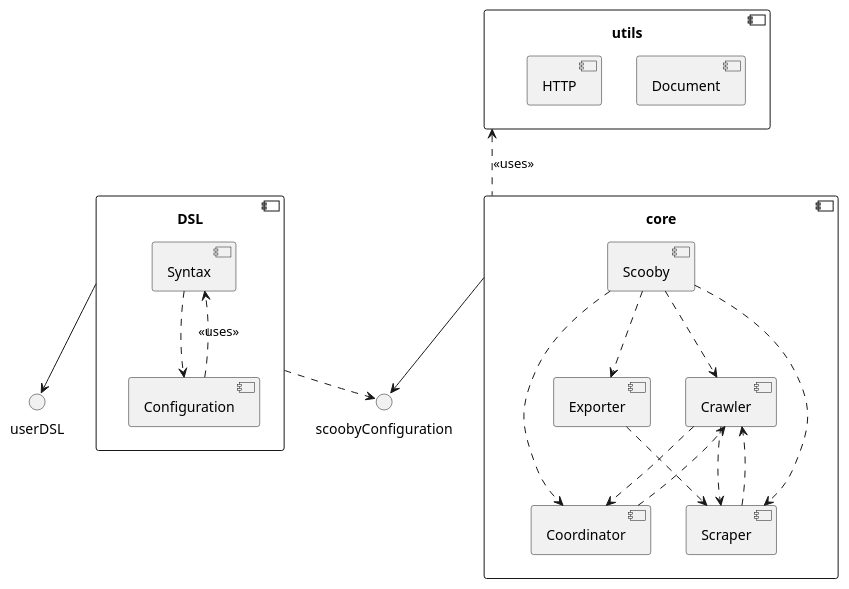
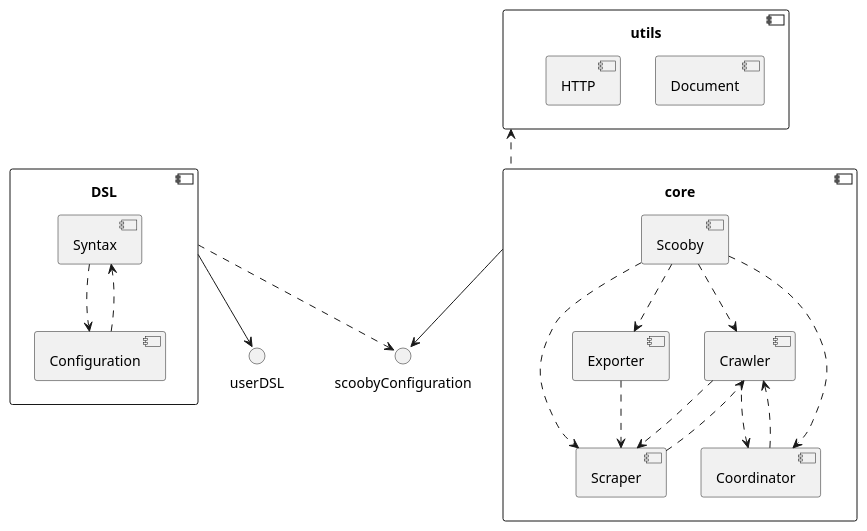
Before and after one commit to PPS-22-Scooby/pps-22-scooby.github.io: the first of 9 diagrams in Writerside/topics/In-Depth-Design.md, drawn with PlantUML. The commit also changed other lines of this file, not shown here.

````diff
--- a/Writerside/topics/In-Depth-Design.md
+++ b/Writerside/topics/In-Depth-Design.md
@@ -10,44 +10,44 @@
 ```plantuml
 @startuml
      
     component DSL {
         [Syntax]
         [Configuration]
         
         [Configuration] ..> [Syntax]
         [Syntax] ..> [Configuration]
     }
     
     component core {
         [Crawler]
         [Scraper]
         [Coordinator]
         [Exporter]
         [Scooby]
         
         [Crawler] ..> [Coordinator]
         [Coordinator] ..> [Crawler]
         
         [Crawler] ..> [Scraper]
         [Scraper] ..> [Crawler]
         
         [Exporter] ..> [Scraper]
         
         [Scooby] ..> [Crawler]
         [Scooby] ..> [Scraper]
         [Scooby] ..> [Exporter]
         [Scooby] ..> [Coordinator]
     }
     
     component utils {
         [Document]
         [HTTP]
     }
     
     core --> scoobyConfiguration
-    core .u.> utils: <<uses>>
-    DSL ..> scoobyConfiguration : <<uses>>
+    core .u.> utils
+    DSL ..> scoobyConfiguration
   
     DSL -d-> userDSL
 @enduml
 ```
````
